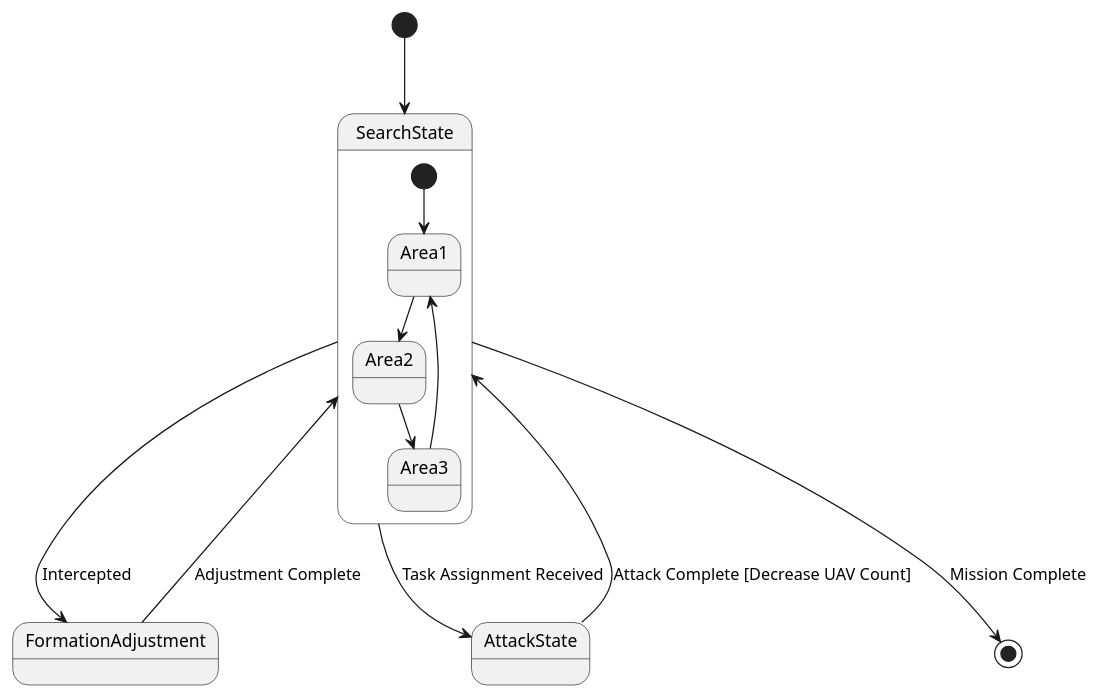
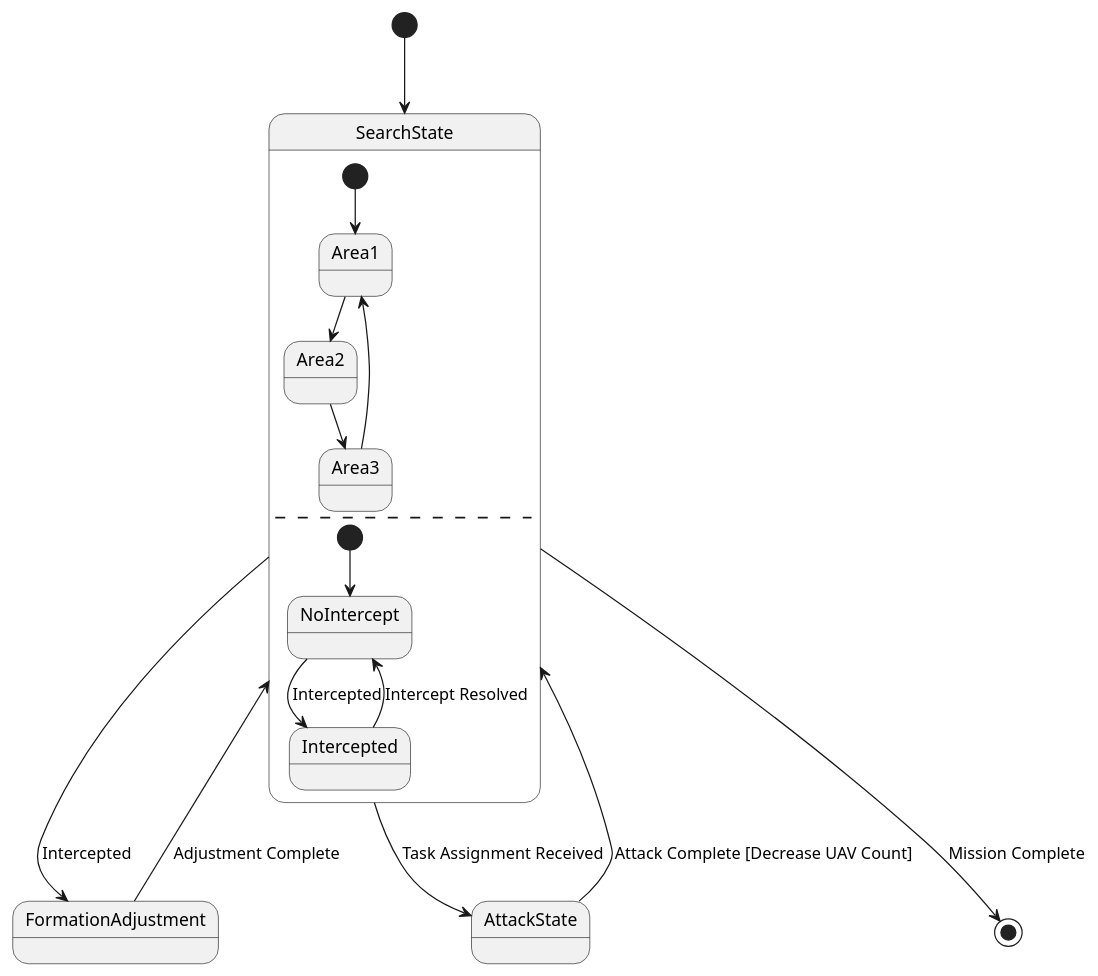
The diagram in project_1_llm_state_machine_modeling/paper_stm_repair/pipeline/representation/reports/llms_emp_r45_java_60/pairs/0056/README.md (HansBug/research_ideas), drawn with PlantUML before and after one commit. The commit also changed other lines of this file and 622 other files, not shown here.

First line of the commit message:
fix(paper1): 切换Phase-II最终池并重建PlantUML转换证据

````diff
--- a/project_1_llm_state_machine_modeling/paper_stm_repair/pipeline/representation/reports/llms_emp_r45_java_60/pairs/0056/README.md
+++ b/project_1_llm_state_machine_modeling/paper_stm_repair/pipeline/representation/reports/llms_emp_r45_java_60/pairs/0056/README.md
@@ -28,22 +80,26 @@
 ```plantuml
 @startuml
 
 [*] --> SearchState
 
 state SearchState {
 [*] --> Area1
 Area1 --> Area2
 Area2 --> Area3
 Area3 --> Area1
+--
+[*] --> NoIntercept
+NoIntercept --> Intercepted : Intercepted
+Intercepted --> NoIntercept : Intercept Resolved
 }
 
 SearchState --> FormationAdjustment : Intercepted
 FormationAdjustment --> SearchState : Adjustment Complete
 
 SearchState --> AttackState : Task Assignment Received
 AttackState --> SearchState : Attack Complete [Decrease UAV Count]
 
 SearchState --> [*] : Mission Complete
 
 @enduml
 ```
````
